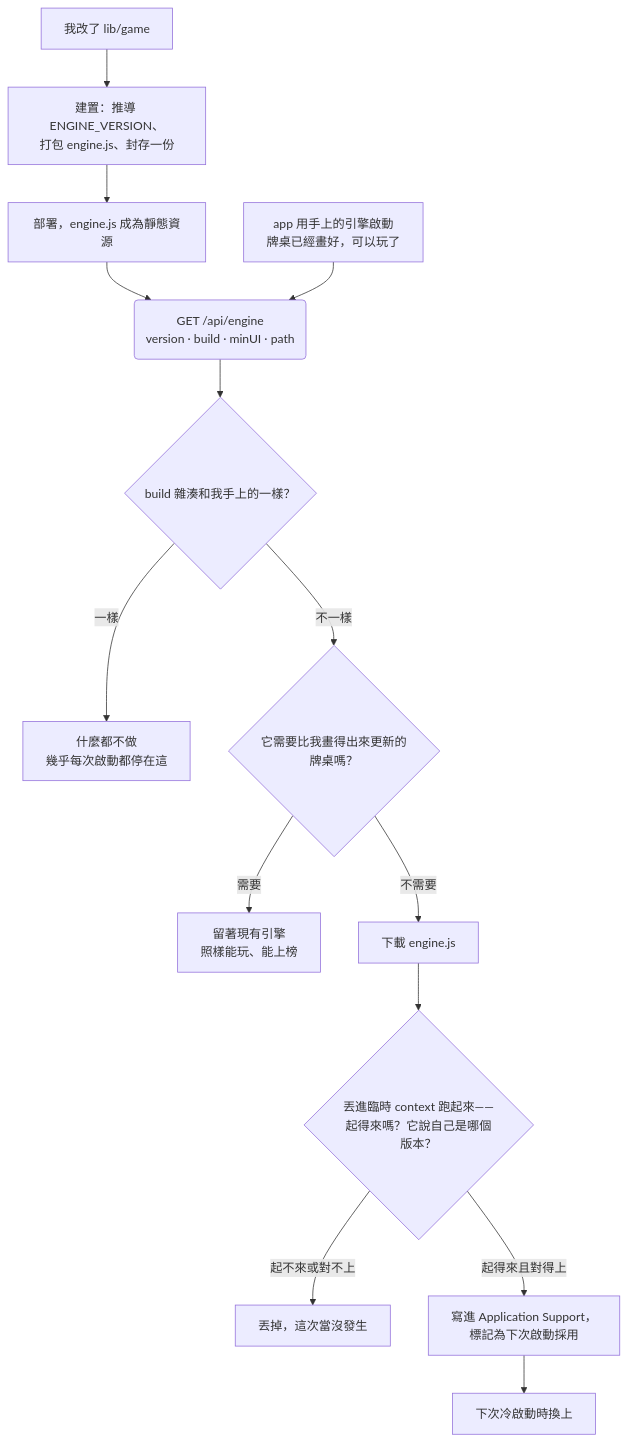
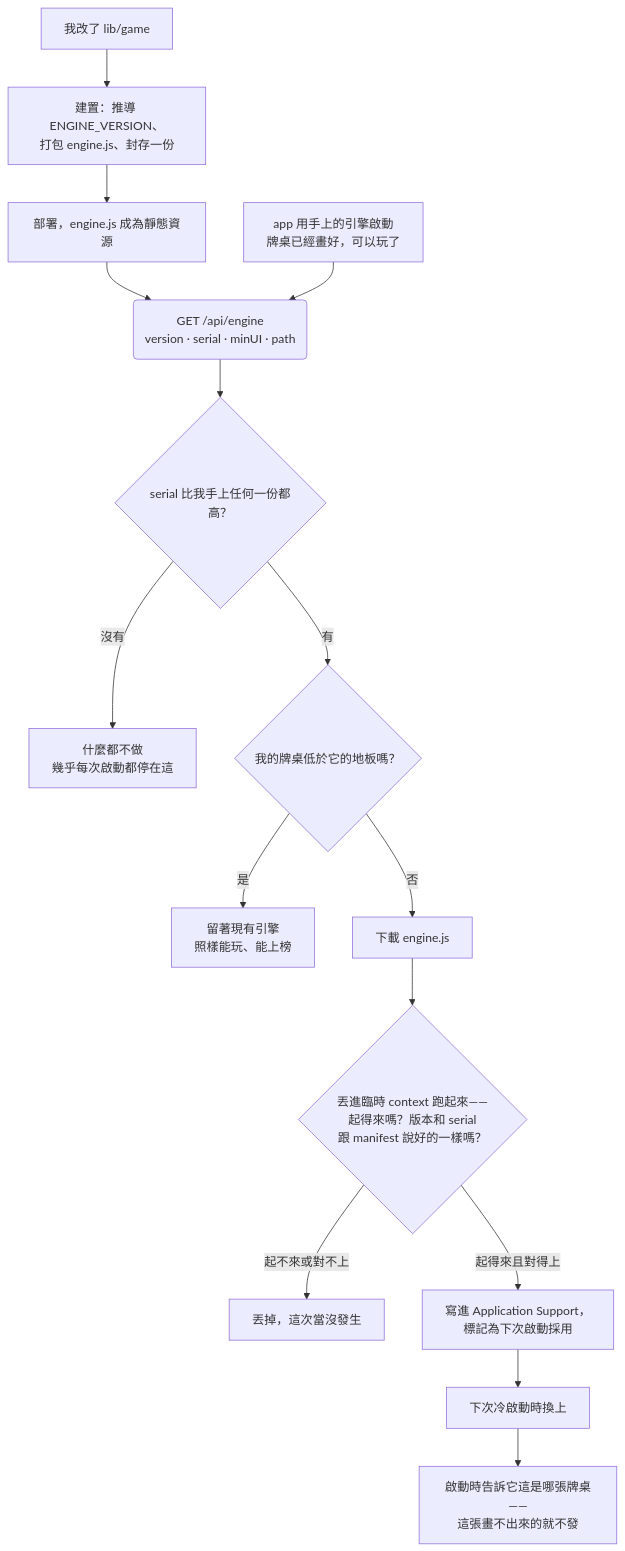
One commit to walkccc/blog changed the tenth of 10 diagrams in content/posts/indie/tefuda-one-engine-three-runtimes.md. Above: the diagram before and after it, drawn with Mermaid. The commit also changed other lines of this file and 6 other files, not shown here.

````diff
--- a/content/posts/indie/tefuda-one-engine-three-runtimes.md
+++ b/content/posts/indie/tefuda-one-engine-three-runtimes.md
@@ -770,17 +779,18 @@
 ```mermaid
 flowchart TD
   DEV["我改了 lib/game"] --> BUILD["建置：推導 ENGINE_VERSION、<br/>打包 engine.js、封存一份"]
   BUILD --> DEPLOY["部署，engine.js 成為靜態資源"]
-  DEPLOY --> MANIFEST("GET /api/engine<br/>version · build · minUI · path")
+  DEPLOY --> MANIFEST("GET /api/engine<br/>version · serial · minUI · path")
 
   APP["app 用手上的引擎啟動<br/>牌桌已經畫好，可以玩了"] --> MANIFEST
-  MANIFEST --> SAME{"build 雜湊和我手上的一樣？"}
-  SAME -->|"一樣"| STOP["什麼都不做<br/>幾乎每次啟動都停在這"]
-  SAME -->|"不一樣"| UI{"它需要比我畫得出來更新的牌桌嗎？"}
-  UI -->|"需要"| HOLD["留著現有引擎<br/>照樣能玩、能上榜"]
-  UI -->|"不需要"| DL["下載 engine.js"]
-  DL --> PROBE{"丟進臨時 context 跑起來——<br/>起得來嗎？它說自己是哪個版本？"}
+  MANIFEST --> SAME{"serial 比我手上任何一份都高？"}
+  SAME -->|"沒有"| STOP["什麼都不做<br/>幾乎每次啟動都停在這"]
+  SAME -->|"有"| UI{"我的牌桌低於它的地板嗎？"}
+  UI -->|"是"| HOLD["留著現有引擎<br/>照樣能玩、能上榜"]
+  UI -->|"否"| DL["下載 engine.js"]
+  DL --> PROBE{"丟進臨時 context 跑起來——<br/>起得來嗎？版本和 serial<br/>跟 manifest 說好的一樣嗎？"}
   PROBE -->|"起不來或對不上"| DROP["丟掉，這次當沒發生"]
   PROBE -->|"起得來且對得上"| STAGE["寫進 Application Support，<br/>標記為下次啟動採用"]
   STAGE --> COLD["下次冷啟動時換上"]
+  COLD --> BOARD["啟動時告訴它這是哪張牌桌——<br/>這張畫不出來的就不發"]
 ```
````
